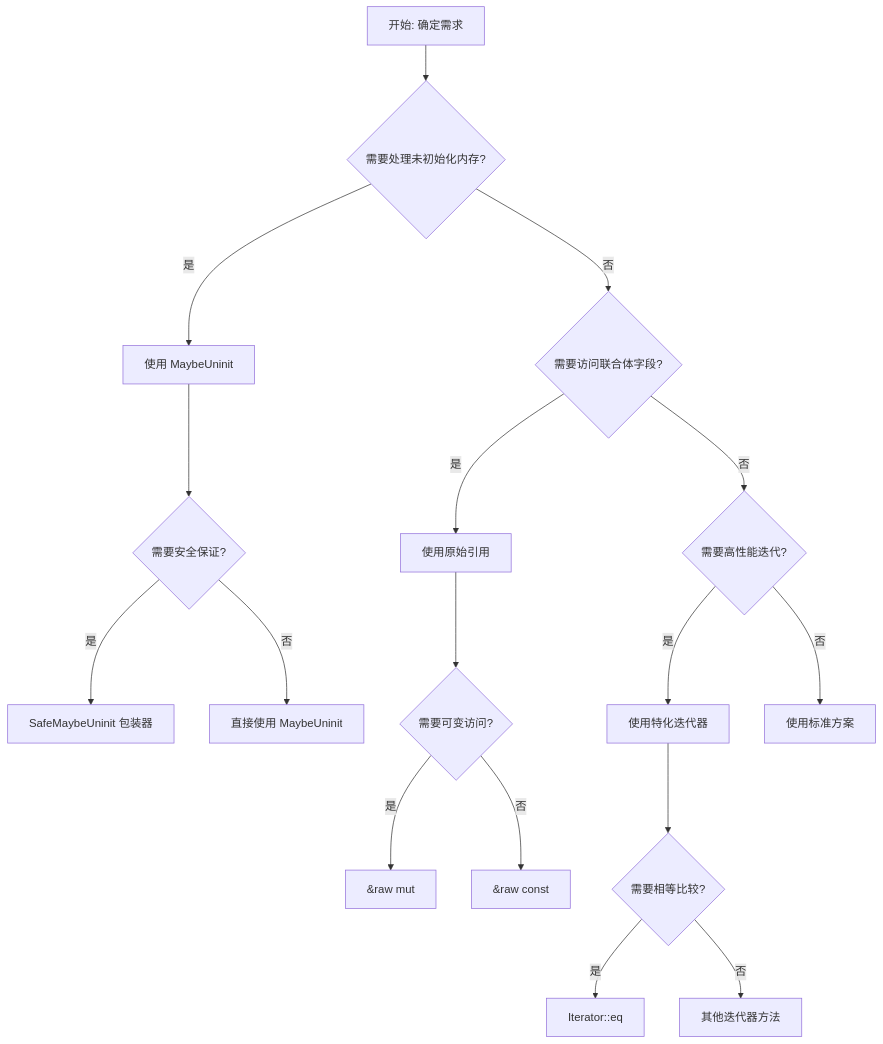
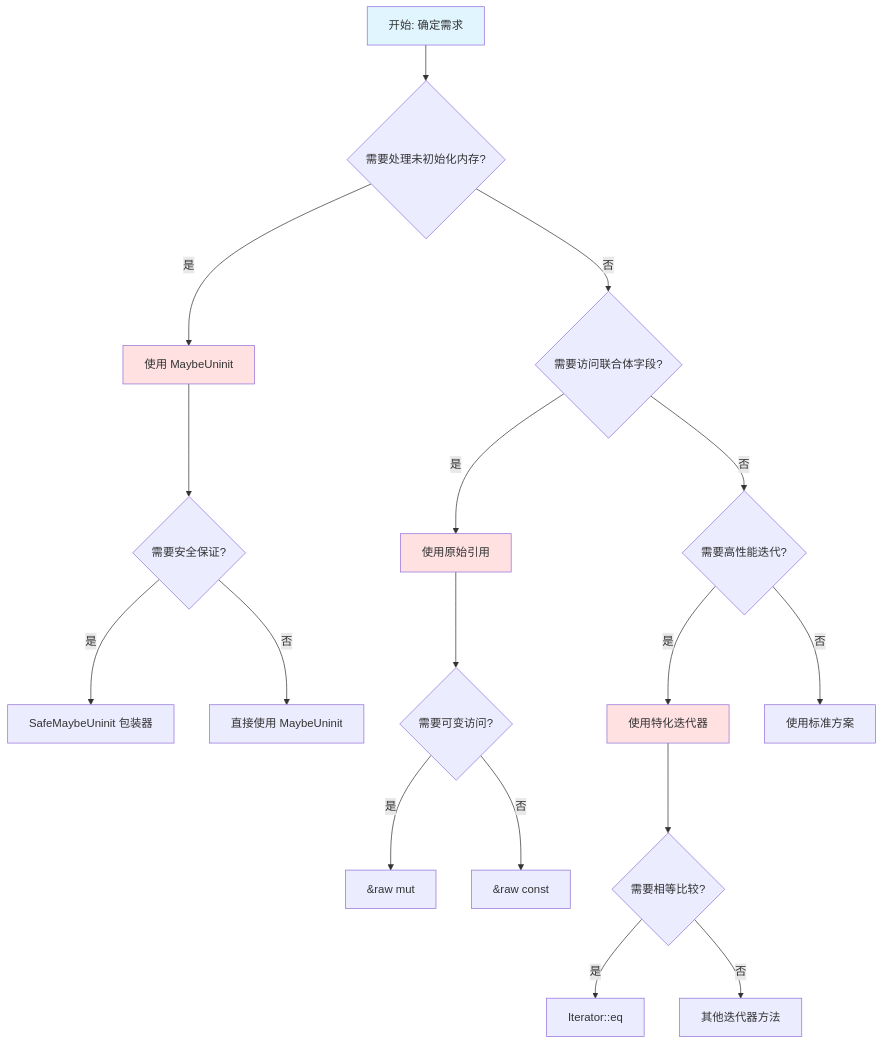
Before and after one commit to martin-ly/rust-lang: the first of 24 diagrams in docs/04_thinking/DECISION_GRAPH_NETWORK.md, drawn with Mermaid. The commit also changed other lines of this file and 86 other files, not shown here.

````diff
--- a/docs/04_thinking/DECISION_GRAPH_NETWORK.md
+++ b/docs/04_thinking/DECISION_GRAPH_NETWORK.md
@@ -77,22 +71,29 @@
 ```mermaid
 graph TD
     Start[开始: 确定需求] --> Q1{需要处理未初始化内存?}
     Q1 -->|是| D1[使用 MaybeUninit]
     Q1 -->|否| Q2{需要访问联合体字段?}
-    Q2 -->|是| D2[使用原始引用]
-    Q2 -->|否| Q3{需要高性能迭代?}
-    Q3 -->|是| D3[使用特化迭代器]
-    Q3 -->|否| End[使用标准方案]
 
     D1 --> Check1{需要安全保证?}
     Check1 -->|是| Safe[SafeMaybeUninit 包装器]
     Check1 -->|否| Direct[直接使用 MaybeUninit]
 
+    Q2 -->|是| D2[使用原始引用]
+    Q2 -->|否| Q3{需要高性能迭代?}
+
     D2 --> Check2{需要可变访问?}
     Check2 -->|是| Mut[&raw mut]
     Check2 -->|否| Const[&raw const]
 
+    Q3 -->|是| D3[使用特化迭代器]
+    Q3 -->|否| End[使用标准方案]
+
     D3 --> Check3{需要相等比较?}
     Check3 -->|是| Eq[Iterator::eq]
     Check3 -->|否| Other[其他迭代器方法]
+
+    style Start fill:#e1f5ff
+    style D1 fill:#ffe1e1
+    style D2 fill:#ffe1e1
+    style D3 fill:#ffe1e1
 ```
````
